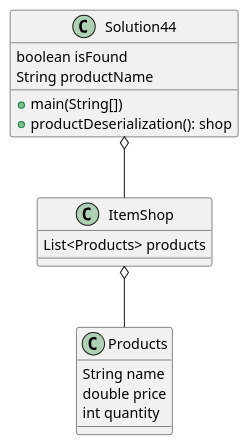
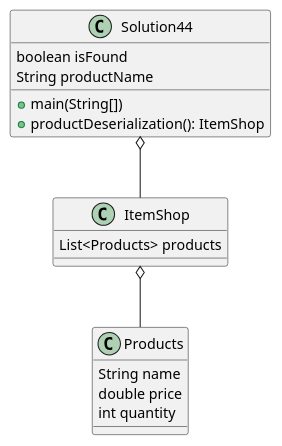
Before and after one commit to nader-fares/fares-a04: the diagram in exercise44/docs/main.puml, drawn with PlantUML. The commit also changed 65 other files, not shown here.

Commit message:
fixed uml diagrams; exercise 44: added method that searches through list, added unit testing for method

```diff
--- a/exercise44/docs/main.puml
+++ b/exercise44/docs/main.puml
@@ -1,23 +1,23 @@
 @startuml
 'https://plantuml.com/sequence-diagram
 
 class Solution44 {
 boolean isFound
 String productName
 +main(String[])
-+productDeserialization(): shop
++productDeserialization(): ItemShop
 }
 
 class Products {
 String name
 double price
 int quantity
 }
 
 class ItemShop{
 List<Products> products
 }
 
 Solution44 o-- ItemShop
 ItemShop o-- Products
 @enduml
```
